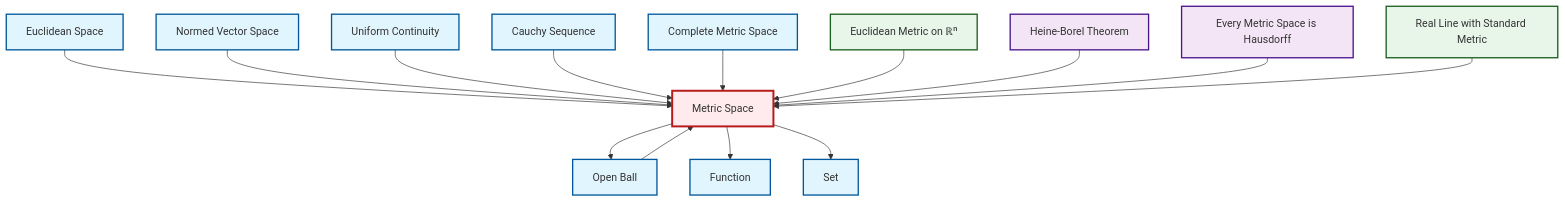
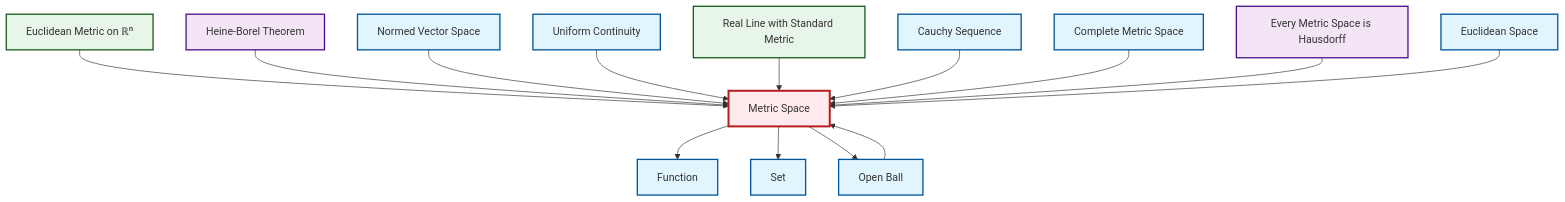
One commit to RK0429/ModernMath changed the diagram in output/mermaid/en/def-metric-space.mermaid. Above: the diagram before and after it, drawn with Mermaid. The commit also changed other lines of this file and 1712 other files, not shown here.

```diff
--- a/output/mermaid/en/def-metric-space.mermaid
+++ b/output/mermaid/en/def-metric-space.mermaid
@@ -1,33 +1,33 @@
 graph TD
     classDef definition fill:#e1f5fe,stroke:#01579b,stroke-width:2px
     classDef theorem fill:#f3e5f5,stroke:#4a148c,stroke-width:2px
     classDef axiom fill:#fff3e0,stroke:#e65100,stroke-width:2px
     classDef example fill:#e8f5e9,stroke:#1b5e20,stroke-width:2px
     classDef current fill:#ffebee,stroke:#b71c1c,stroke-width:3px
+    ex-euclidean-metric["Euclidean Metric on ℝⁿ"]:::example
+    thm-heine-borel["Heine-Borel Theorem"]:::theorem
+    def-metric-space["Metric Space"]:::definition
+    def-complete-metric-space["Complete Metric Space"]:::definition
     def-cauchy-sequence["Cauchy Sequence"]:::definition
-    def-metric-space["Metric Space"]:::definition
-    thm-heine-borel["Heine-Borel Theorem"]:::theorem
+    def-uniform-continuity["Uniform Continuity"]:::definition
+    def-normed-vector-space["Normed Vector Space"]:::definition
+    def-set["Set"]:::definition
     def-open-ball["Open Ball"]:::definition
-    ex-euclidean-metric["Euclidean Metric on ℝⁿ"]:::example
-    def-uniform-continuity["Uniform Continuity"]:::definition
+    def-euclidean-space["Euclidean Space"]:::definition
+    ex-real-line-metric["Real Line with Standard Metric"]:::example
+    thm-metric-hausdorff["Every Metric Space is Hausdorff"]:::theorem
     def-function["Function"]:::definition
-    def-euclidean-space["Euclidean Space"]:::definition
-    def-set["Set"]:::definition
-    ex-real-line-metric["Real Line with Standard Metric"]:::example
-    def-complete-metric-space["Complete Metric Space"]:::definition
-    thm-metric-hausdorff["Every Metric Space is Hausdorff"]:::theorem
-    def-normed-vector-space["Normed Vector Space"]:::definition
-    def-euclidean-space --> def-metric-space
+    ex-euclidean-metric --> def-metric-space
+    def-metric-space --> def-function
+    thm-heine-borel --> def-metric-space
     def-normed-vector-space --> def-metric-space
+    def-metric-space --> def-set
+    def-metric-space --> def-open-ball
     def-open-ball --> def-metric-space
     def-uniform-continuity --> def-metric-space
+    ex-real-line-metric --> def-metric-space
     def-cauchy-sequence --> def-metric-space
     def-complete-metric-space --> def-metric-space
-    ex-euclidean-metric --> def-metric-space
-    thm-heine-borel --> def-metric-space
     thm-metric-hausdorff --> def-metric-space
-    ex-real-line-metric --> def-metric-space
-    def-metric-space --> def-open-ball
-    def-metric-space --> def-function
-    def-metric-space --> def-set
+    def-euclidean-space --> def-metric-space
     class def-metric-space current
```
